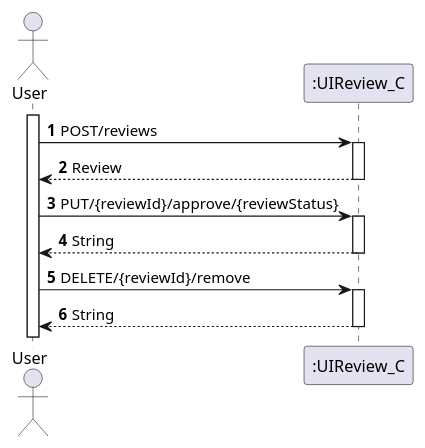
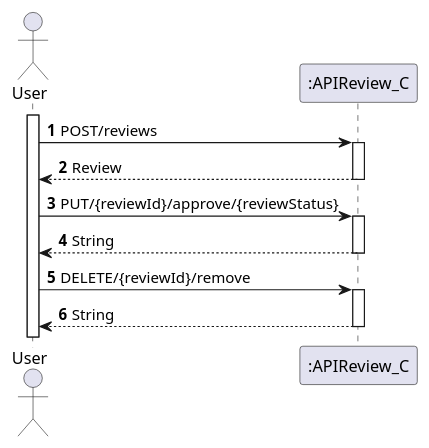
The diagram in Review1_C/Documentação/Nivel1/Review_C.puml (1201441BrunoPereira/Trabalho2Reviews), drawn with PlantUML before and after one commit. The commit also changed 1 other file, not shown here.

```diff
--- a/Review1_C/Documentação/Nivel1/Review_C.puml
+++ b/Review1_C/Documentação/Nivel1/Review_C.puml
@@ -1,18 +1,18 @@
 @startuml
 'https://plantuml.com/sequence-diagram
 
 autoactivate on
 autonumber
 
 actor "User" as User
-participant ":UIReview_C" as rev1
+participant ":APIReview_C" as rev1
 
 activate User
 
 User -> rev1: POST/reviews
 rev1 --> User: Review
 User -> rev1: PUT/{reviewId}/approve/{reviewStatus}
 rev1 --> User: String
 User -> rev1: DELETE/{reviewId}/remove
 rev1 --> User: String
 @enduml
```
